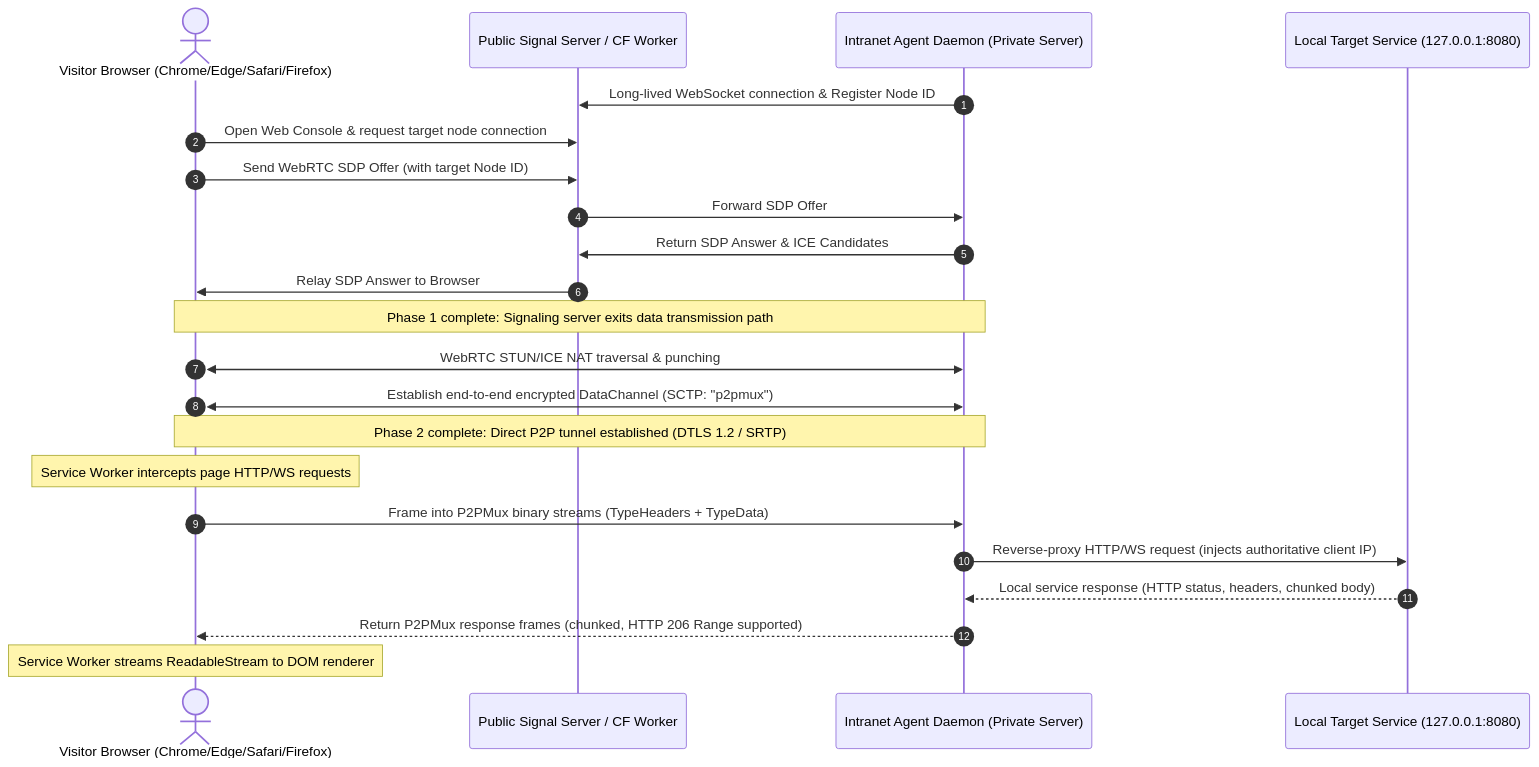
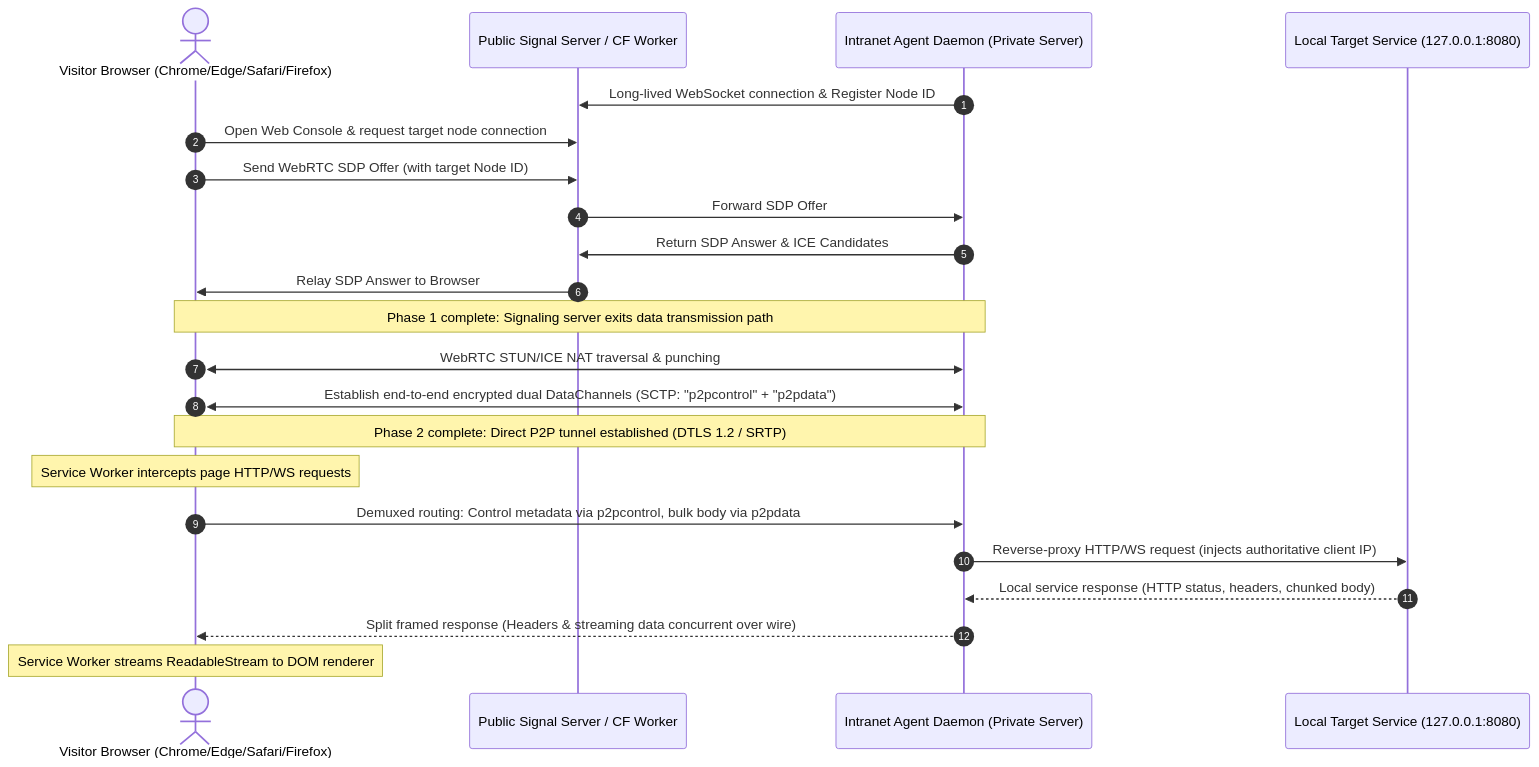
One commit to BeingNoAbility/WebRTC-Gateway changed the diagram in docs/en/guide/architecture.md. Above: the diagram before and after it, drawn with Mermaid. The commit also changed other lines of this file and 9 other files, not shown here.

Commit message:
docs: align documentation suite with v2.3 dual-channel architecture and benchmark reports

````diff
--- a/docs/en/guide/architecture.md
+++ b/docs/en/guide/architecture.md
@@ -12,27 +12,27 @@
 ```mermaid
 sequenceDiagram
     autonumber
     actor Visitor as Visitor Browser (Chrome/Edge/Safari/Firefox)
     participant Signal as Public Signal Server / CF Worker
     participant Agent as Intranet Agent Daemon (Private Server)
     participant Target as Local Target Service (127.0.0.1:8080)
 
     Agent->>Signal: Long-lived WebSocket connection & Register Node ID
     Visitor->>Signal: Open Web Console & request target node connection
     Visitor->>Signal: Send WebRTC SDP Offer (with target Node ID)
     Signal->>Agent: Forward SDP Offer
     Agent->>Signal: Return SDP Answer & ICE Candidates
     Signal->>Visitor: Relay SDP Answer to Browser
     Note over Visitor,Agent: Phase 1 complete: Signaling server exits data transmission path
 
     Visitor<<->>Agent: WebRTC STUN/ICE NAT traversal & punching
-    Visitor<<->>Agent: Establish end-to-end encrypted DataChannel (SCTP: "p2pmux")
+    Visitor<<->>Agent: Establish end-to-end encrypted dual DataChannels (SCTP: "p2pcontrol" + "p2pdata")
     Note over Visitor,Agent: Phase 2 complete: Direct P2P tunnel established (DTLS 1.2 / SRTP)
 
     Note over Visitor: Service Worker intercepts page HTTP/WS requests
-    Visitor->>Agent: Frame into P2PMux binary streams (TypeHeaders + TypeData)
+    Visitor->>Agent: Demuxed routing: Control metadata via p2pcontrol, bulk body via p2pdata
     Agent->>Target: Reverse-proxy HTTP/WS request (injects authoritative client IP)
     Target-->>Agent: Local service response (HTTP status, headers, chunked body)
-    Agent-->>Visitor: Return P2PMux response frames (chunked, HTTP 206 Range supported)
+    Agent-->>Visitor: Split framed response (Headers & streaming data concurrent over wire)
     Note over Visitor: Service Worker streams ReadableStream to DOM renderer
 ```
````
